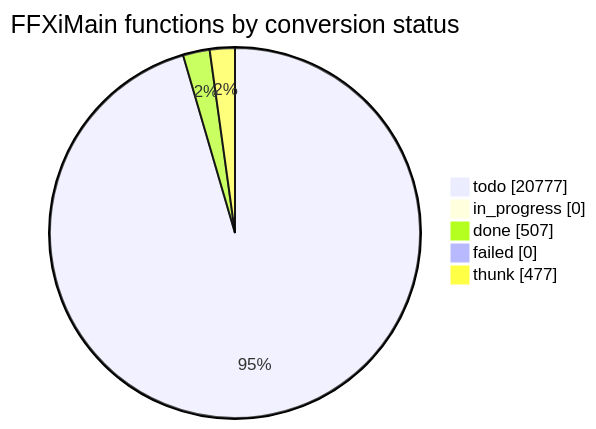
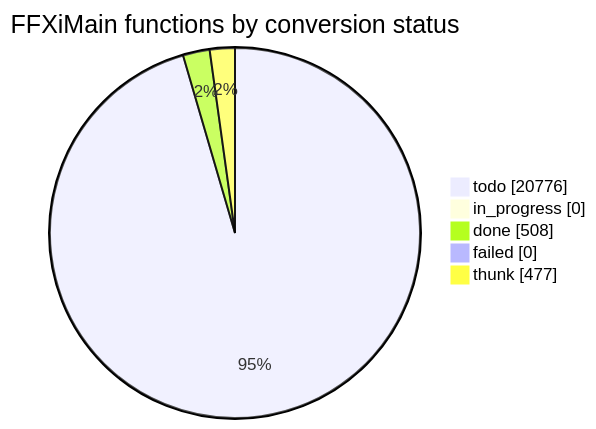
One commit to cowrevenge/cow_kuluu_xi_anything changed the diagram in docs/cow/STATUS.md. Above: the diagram before and after it, drawn with Mermaid. The commit also changed other lines of this file and 9 other files, not shown here.

````diff
--- a/docs/cow/STATUS.md
+++ b/docs/cow/STATUS.md
@@ -18,9 +18,9 @@
 ```mermaid
 pie showData
     title FFXiMain functions by conversion status
-    "todo" : 20777
+    "todo" : 20776
     "in_progress" : 0
-    "done" : 507
+    "done" : 508
     "failed" : 0
     "thunk" : 477
 ```
````
